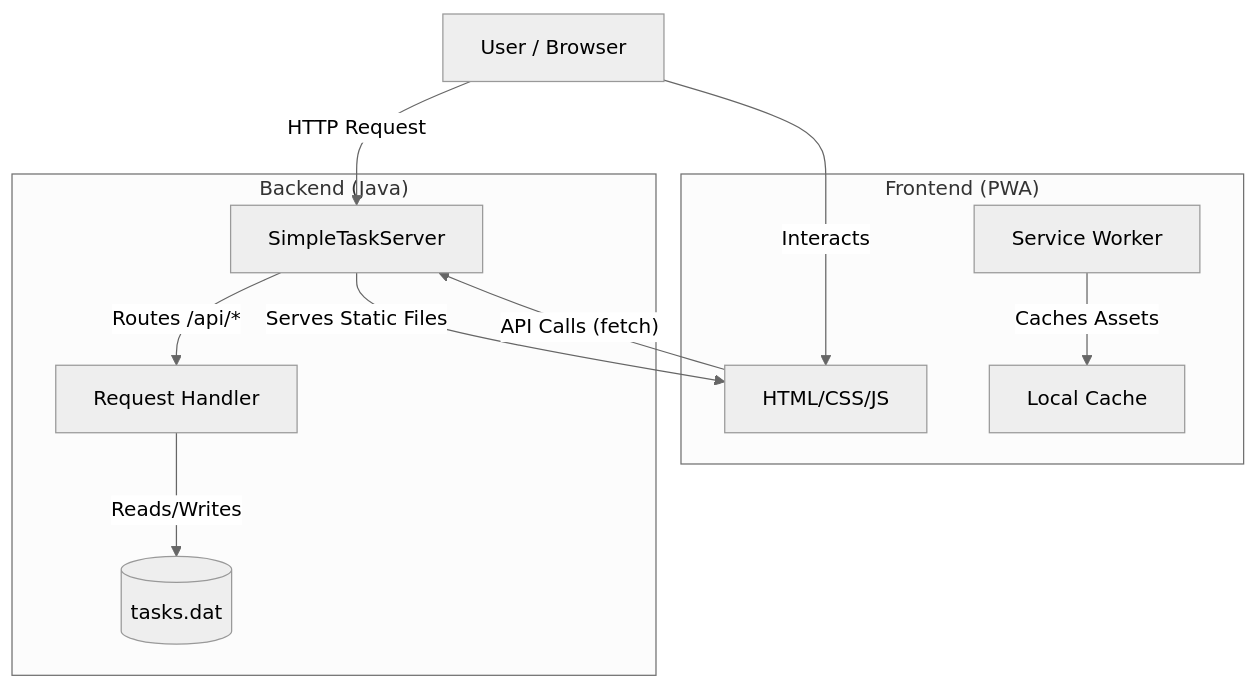
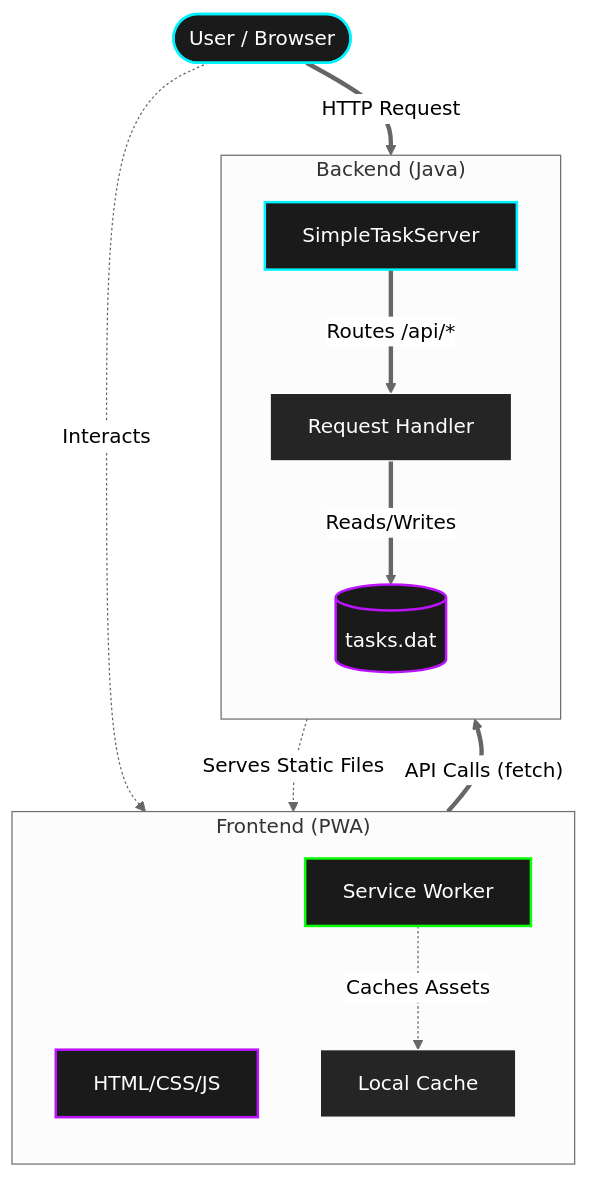
The first of 2 diagrams in README.md (10Niranjan/ToDo_List), drawn with Mermaid (neutral theme) before and after one commit.

Commit message:
Upgrade README diagrams with neon styles

````diff
--- a/README.md
+++ b/README.md
@@ -21,22 +21,32 @@
 ```mermaid
 graph TD
-    User[User / Browser]
+    %% Styles
+    classDef neonBlue fill:#1a1a1a,stroke:#00f3ff,stroke-width:2px,color:#fff,shadow:0 0 10px #00f3ff;
+    classDef neonPink fill:#1a1a1a,stroke:#bc13fe,stroke-width:2px,color:#fff;
+    classDef neonGreen fill:#1a1a1a,stroke:#0aff0a,stroke-width:2px,color:#fff;
+    classDef highlight fill:#252525,stroke:#fff,stroke-width:1px,color:#fff;
+
+    User([User / Browser]):::neonBlue
+
     subgraph "Frontend (PWA)"
-        UI[HTML/CSS/JS]
-        SW[Service Worker]
-        Cache[Local Cache]
-    end
-    subgraph "Backend (Java)"
-        Server[SimpleTaskServer]
-        Handler[Request Handler]
-        DB[(tasks.dat)]
+        direction TB
+        UI[HTML/CSS/JS]:::neonPink
+        SW[Service Worker]:::neonGreen
+        Cache[Local Cache]:::highlight
     end
 
-    User -->|HTTP Request| Server
-    User -->|Interacts| UI
-    UI -->|"API Calls (fetch)"| Server
-    SW -->|Caches Assets| Cache
-    Server -->|"Routes /api/*"| Handler
-    Handler -->|"Reads/Writes"| DB
-    Server -->|"Serves Static Files"| UI
+    subgraph "Backend (Java)"
+        direction TB
+        Server[SimpleTaskServer]:::neonBlue
+        Handler[Request Handler]:::highlight
+        DB[(tasks.dat)]:::neonPink
+    end
+
+    User ==>|HTTP Request| Server
+    User -.->|Interacts| UI
+    UI ==>|"API Calls (fetch)"| Server
+    SW -.->|Caches Assets| Cache
+    Server ==>|"Routes /api/*"| Handler
+    Handler ==>|"Reads/Writes"| DB
+    Server -.->|"Serves Static Files"| UI
 ```
````
